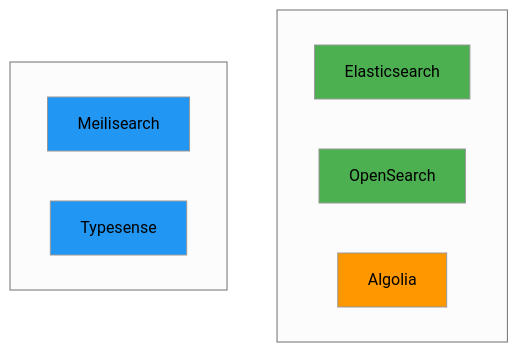
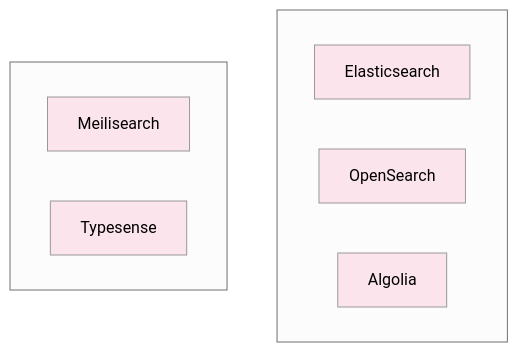
Before and after one commit to niceguy61/kdt_devops_lecture_2025: the eighth of 10 diagrams in theory/week_04/day1/challenge_2.md, drawn with Mermaid (neutral theme). The commit also changed other lines of this file, not shown here.

````diff
--- a/theory/week_04/day1/challenge_2.md
+++ b/theory/week_04/day1/challenge_2.md
@@ -331,19 +331,19 @@
 ```mermaid
 graph TB
     subgraph col1[" "]
         A[Elasticsearch]
         B[OpenSearch]
         C[Algolia]
     end
     
     subgraph col2[" "]
         D[Meilisearch]
         E[Typesense]
     end
     
-    style A fill:#4caf50
-    style B fill:#4caf50
-    style C fill:#ff9800
-    style D fill:#2196f3
-    style E fill:#2196f3
+    style A fill:#fce4ec
+    style B fill:#fce4ec
+    style C fill:#fce4ec
+    style D fill:#fce4ec
+    style E fill:#fce4ec
 ```
````
